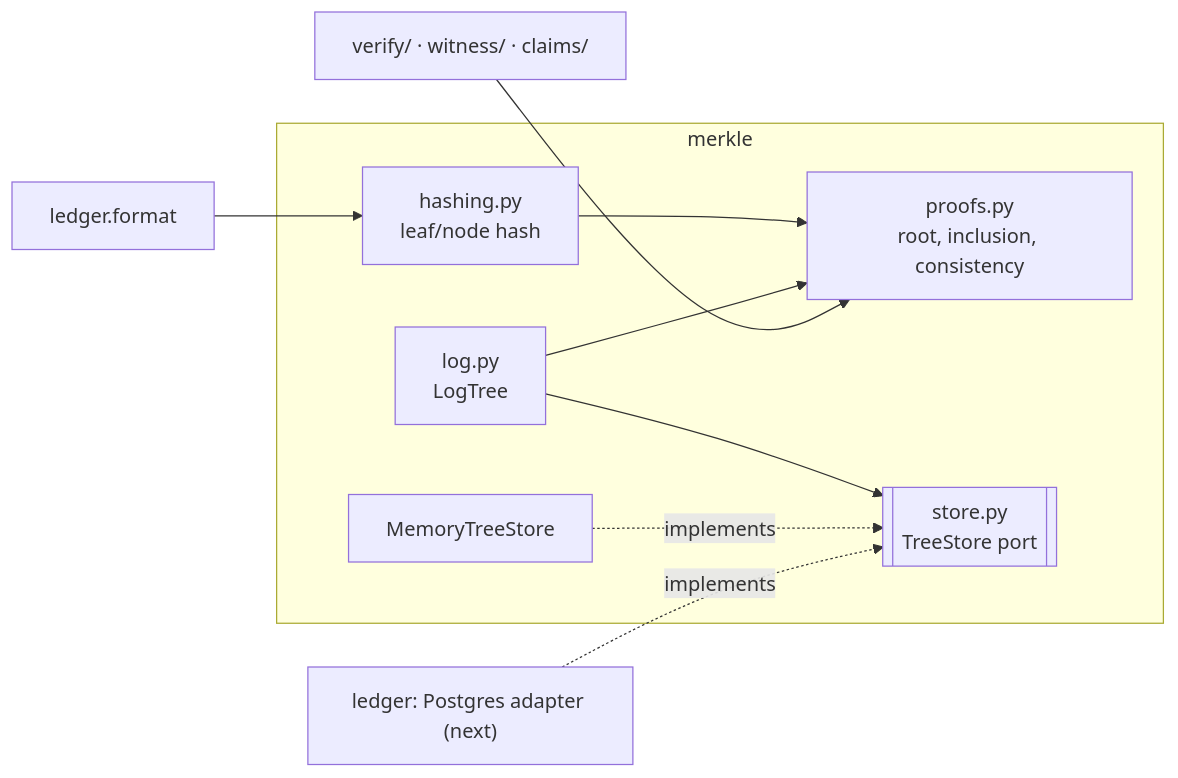
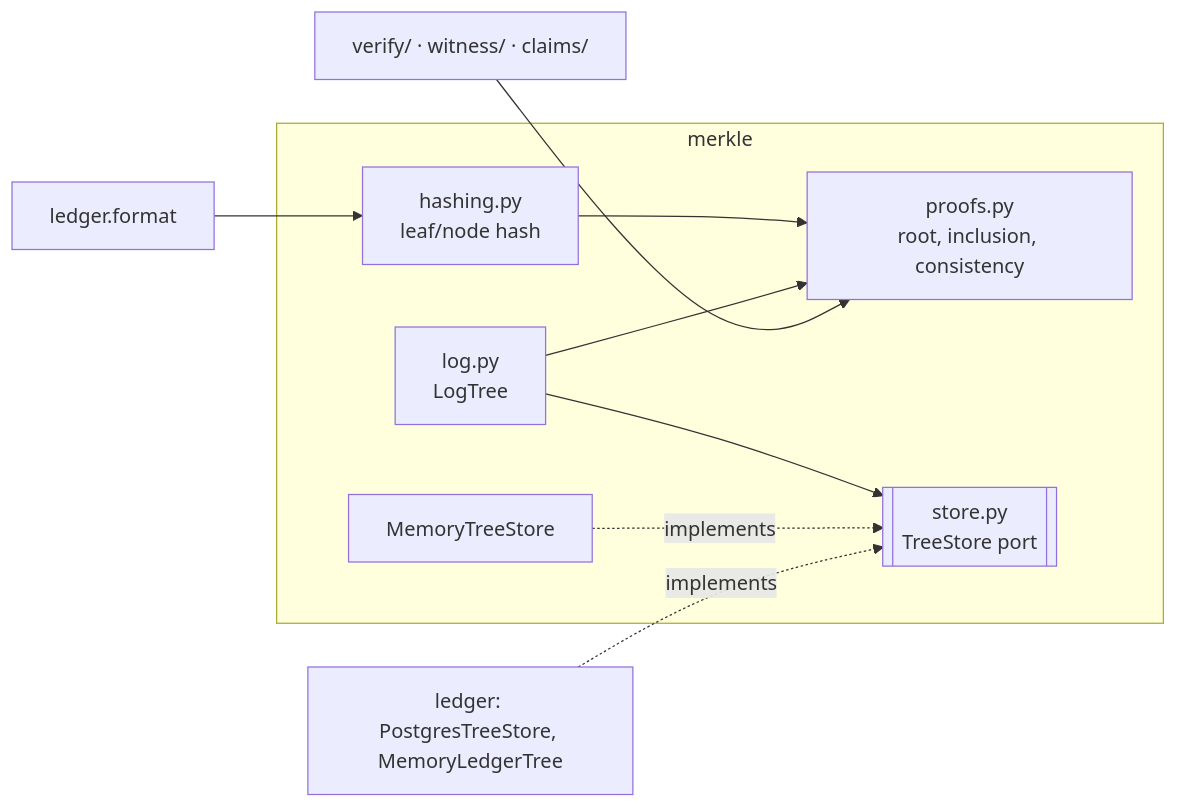
One commit to mhafeezajh/precept-ledger-meta changed the diagram in docs/modules/merkle.md. Above: the diagram before and after it, drawn with Mermaid. The commit also changed other lines of this file and 6 other files, not shown here.

Commit message:
docs: add checkpoints module doc, knowledge-base index, decisions D28-D30, architecture change log

````diff
--- a/docs/modules/merkle.md
+++ b/docs/modules/merkle.md
@@ -29,13 +29,13 @@
 ```mermaid
 flowchart LR
     subgraph merkle
         H[hashing.py<br/>leaf/node hash] --> P[proofs.py<br/>root, inclusion, consistency]
         S[[store.py<br/>TreeStore port]]
         L[log.py<br/>LogTree] --> P
         L --> S
         M[MemoryTreeStore] -.implements.-> S
     end
-    PG["ledger: Postgres adapter (next)"] -.implements.-> S
+    PG["ledger: PostgresTreeStore, MemoryLedgerTree"] -.implements.-> S
     V["verify/ · witness/ · claims/"] --> P
     F[ledger.format] --> H
 ```
````
